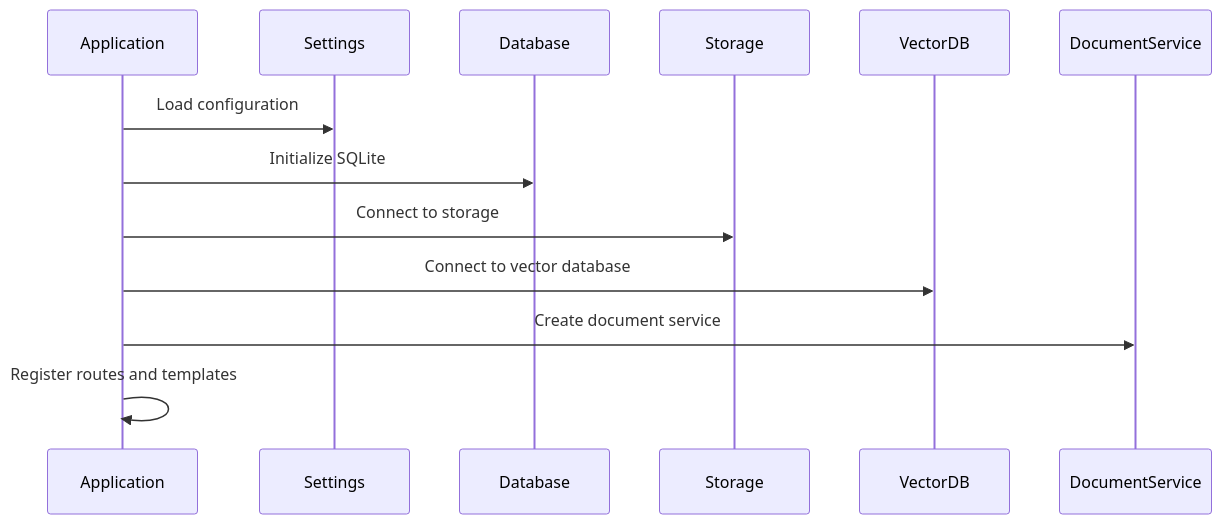
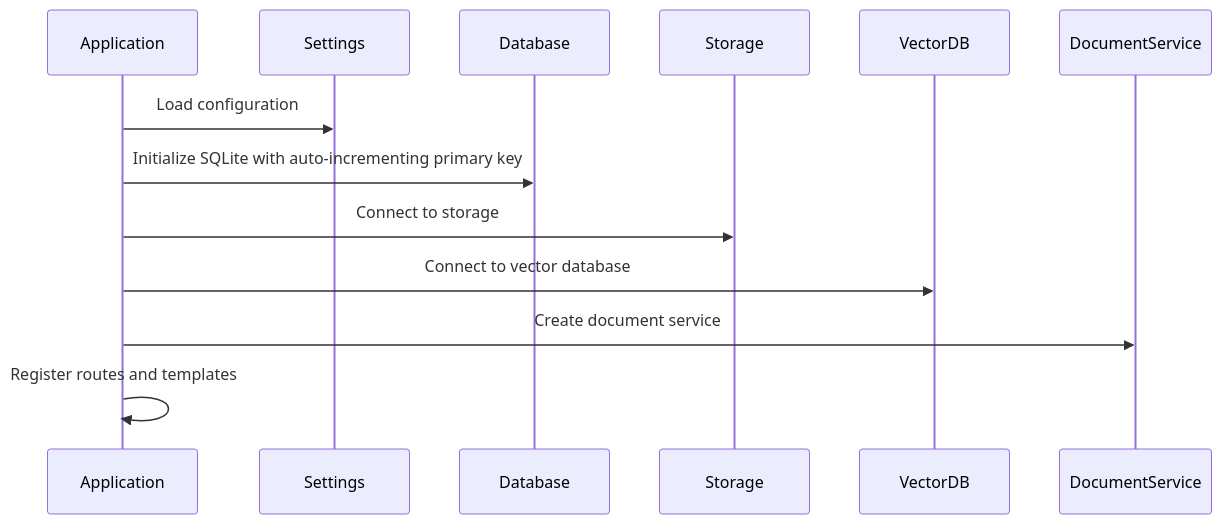
The second of 11 diagrams in .qoder/repowiki/en/content/Document Management System.md (ognelis/cafetera_hr_bot), drawn with Mermaid before and after one commit. The commit also changed other lines of this file and 7 other files, not shown here.

````diff
--- a/.qoder/repowiki/en/content/Document Management System.md
+++ b/.qoder/repowiki/en/content/Document Management System.md
@@ -114,15 +135,15 @@
 ```mermaid
 sequenceDiagram
 participant App as Application
 participant Config as Settings
 participant DB as Database
 participant S3 as Storage
 participant Qdrant as VectorDB
 participant Service as DocumentService
 App->>Config : Load configuration
-App->>DB : Initialize SQLite
+App->>DB : Initialize SQLite with auto-incrementing primary key
 App->>S3 : Connect to storage
 App->>Qdrant : Connect to vector database
 App->>Service : Create document service
 App->>App : Register routes and templates
 ```
````
